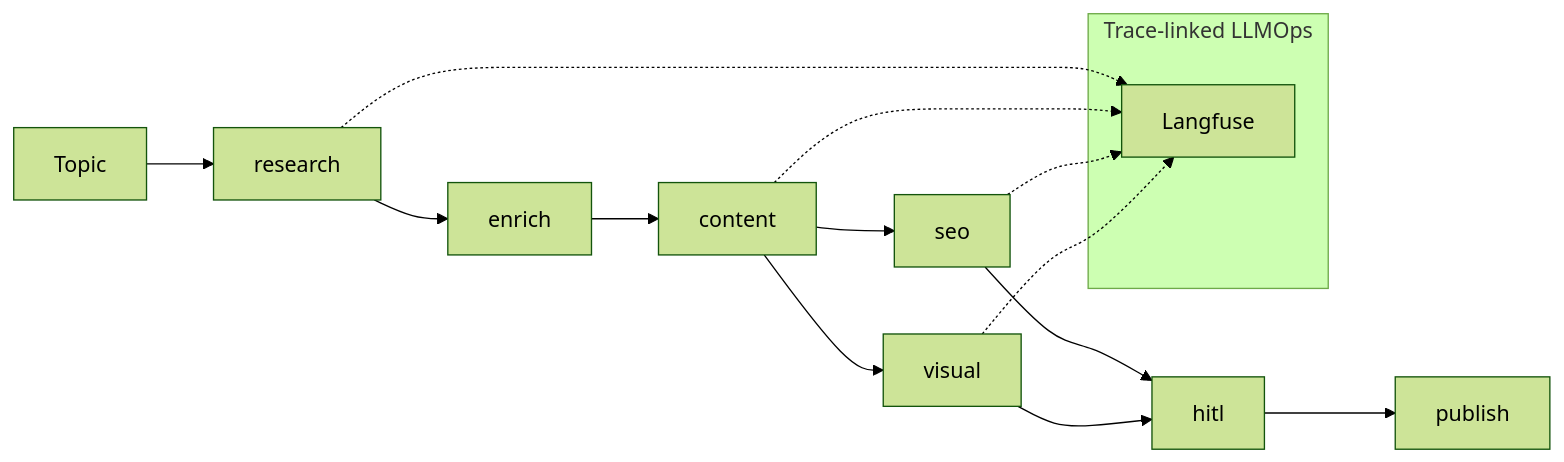
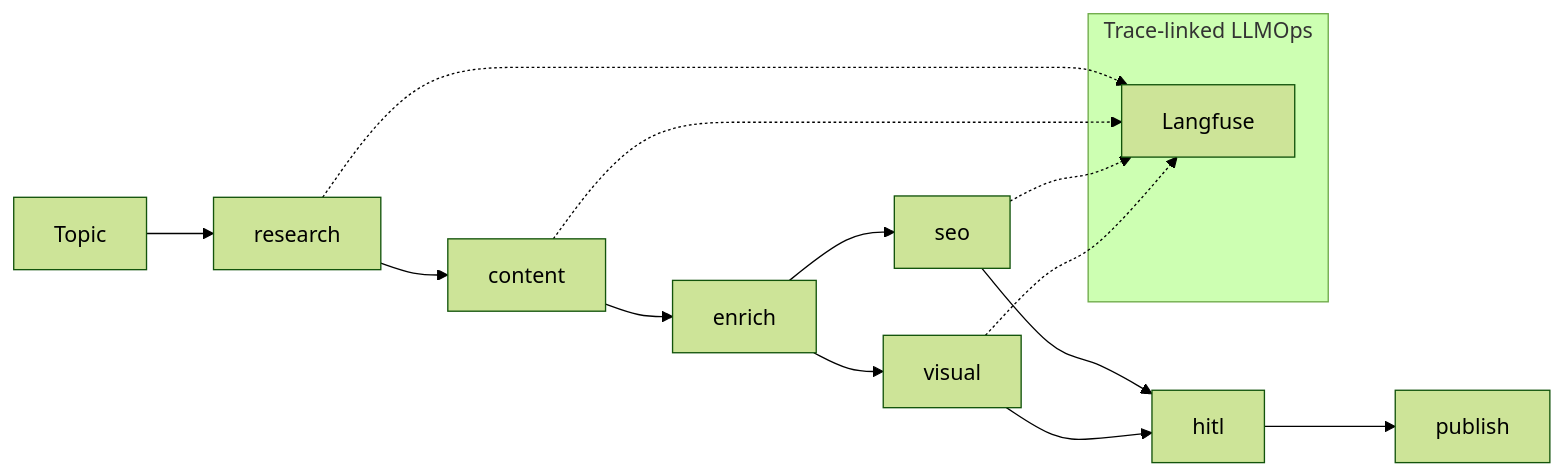
Before and after one commit to vpeetla-ai/ai-content-factory: the diagram in docs/ARCHITECTURE.md, drawn with Mermaid (forest theme). The commit also changed other lines of this file and 17 other files, not shown here.

````diff
--- a/docs/ARCHITECTURE.md
+++ b/docs/ARCHITECTURE.md
@@ -22,14 +22,14 @@
 ```mermaid
 flowchart LR
     T[Topic] --> R[research]
-    R --> E[enrich]
-    E --> C[content]
-    C --> S[seo]
-    C --> V[visual]
+    R --> C[content]
+    C --> E[enrich]
+    E --> S[seo]
+    E --> V[visual]
     S & V --> H[hitl]
     H --> P[publish]
     subgraph Obs["Trace-linked LLMOps"]
         LF[Langfuse]
     end
     R & C & S & V -.-> LF
 ```
````
